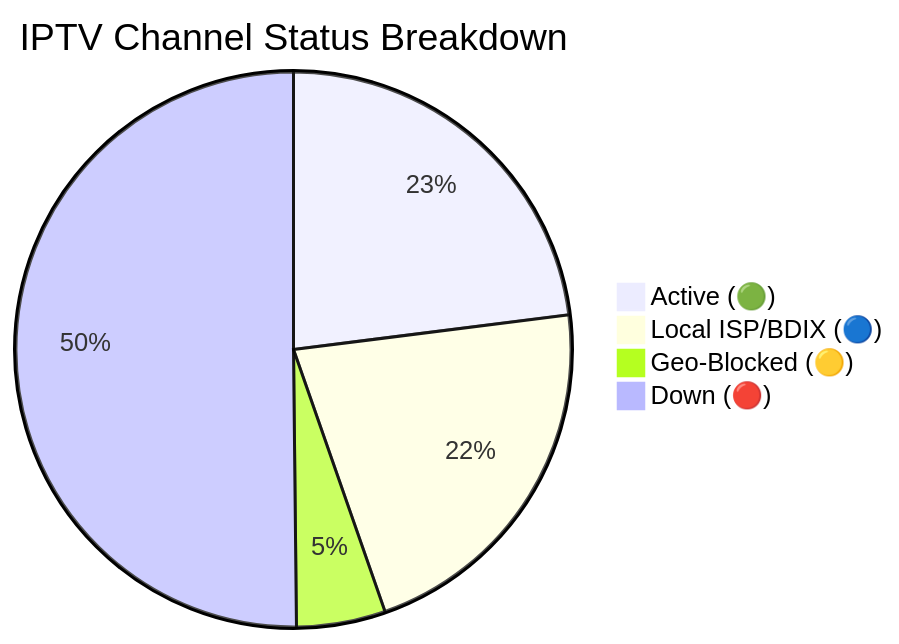
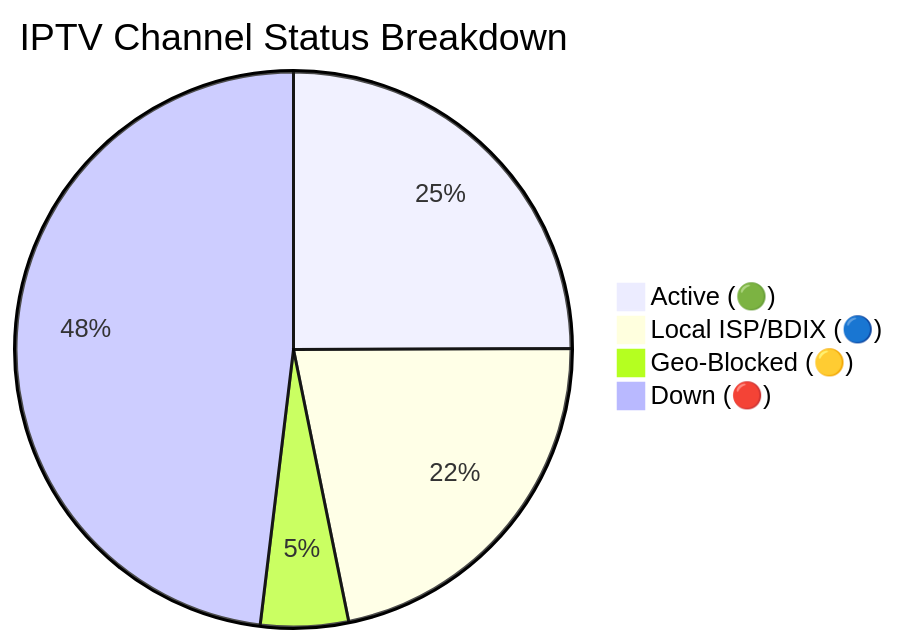
Before and after one commit to Zaman-Topu/Ip-tv-Collection: the diagram in README.md, drawn with Mermaid. The commit also changed other lines of this file and 6 other files, not shown here.

````diff
--- a/README.md
+++ b/README.md
@@ -96,7 +96,7 @@
 ```mermaid
 pie title IPTV Channel Status Breakdown
-    "Active (🟢)" : 9524
+    "Active (🟢)" : 10223
     "Local ISP/BDIX (🔵)" : 8961
-    "Geo-Blocked (🟡)" : 2143
-    "Down (🔴)" : 20769
+    "Geo-Blocked (🟡)" : 2092
+    "Down (🔴)" : 19705
 ```
````
